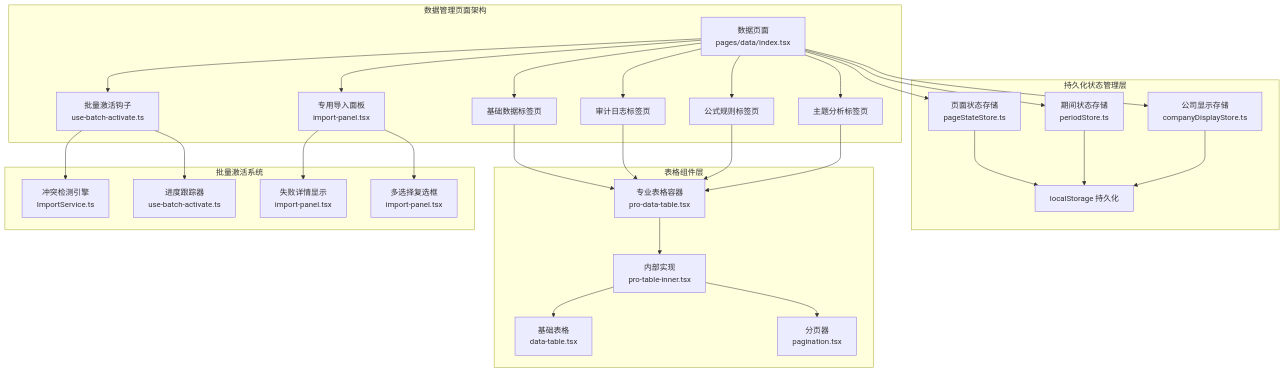
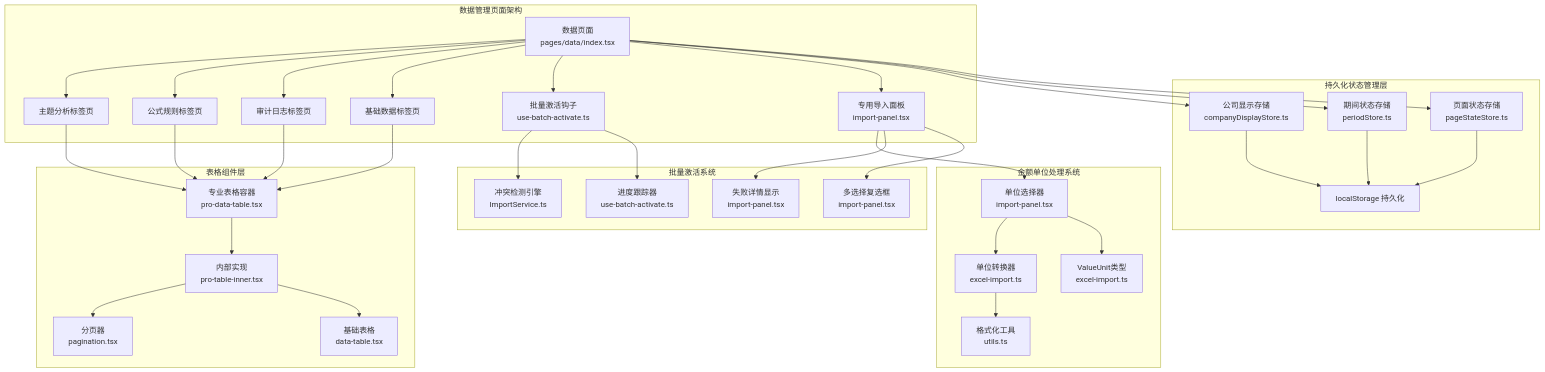
One commit to Damao997/newproject changed the first of 6 diagrams in .qoder/repowiki/zh/content/页面组件/数据管理页面/数据管理页面.md. Above: the diagram before and after it, drawn with Mermaid. The commit also changed other lines of this file and 5 other files, not shown here.

````diff
--- a/.qoder/repowiki/zh/content/页面组件/数据管理页面/数据管理页面.md
+++ b/.qoder/repowiki/zh/content/页面组件/数据管理页面/数据管理页面.md
@@ -66,53 +71,63 @@
 ```mermaid
 graph TB
 subgraph "持久化状态管理层"
 PageStore["页面状态存储<br/>pageStateStore.ts"]
 PeriodStore["期间状态存储<br/>periodStore.ts"]
 CompanyStore["公司显示存储<br/>companyDisplayStore.ts"]
 LocalStorage["localStorage 持久化"]
 end
 subgraph "数据管理页面架构"
 DataPage["数据页面<br/>pages/data/index.tsx"]
 ImportPanel["专用导入面板<br/>import-panel.tsx"]
 BatchHook["批量激活钩子<br/>use-batch-activate.ts"]
 Tab1["基础数据标签页"]
 Tab2["审计日志标签页"]
 Tab3["公式规则标签页"]
 Tab4["主题分析标签页"]
 end
 subgraph "表格组件层"
 DataTable["基础表格<br/>data-table.tsx"]
 ProTable["专业表格容器<br/>pro-data-table.tsx"]
 Inner["内部实现<br/>pro-table-inner.tsx"]
 Pagination["分页器<br/>pagination.tsx"]
 end
 subgraph "批量激活系统"
 ConflictEngine["冲突检测引擎<br/>ImportService.ts"]
 ProgressTracker["进度跟踪器<br/>use-batch-activate.ts"]
 FailureDisplay["失败详情显示<br/>import-panel.tsx"]
 MultiSelect["多选择复选框<br/>import-panel.tsx"]
 end
+subgraph "金额单位处理系统"
+UnitSelector["单位选择器<br/>import-panel.tsx"]
+ValueUnitType["ValueUnit类型<br/>excel-import.ts"]
+UnitConverter["单位转换器<br/>excel-import.ts"]
+FormatUtils["格式化工具<br/>utils.ts"]
+end
 PageStore --> LocalStorage
 PeriodStore --> LocalStorage
 CompanyStore --> LocalStorage
 DataPage --> PageStore
 DataPage --> PeriodStore
 DataPage --> CompanyStore
 DataPage --> ImportPanel
 DataPage --> BatchHook
 DataPage --> Tab1
 DataPage --> Tab2
 DataPage --> Tab3
 DataPage --> Tab4
 ImportPanel --> MultiSelect
 ImportPanel --> FailureDisplay
+ImportPanel --> UnitSelector
 BatchHook --> ProgressTracker
 BatchHook --> ConflictEngine
+UnitSelector --> ValueUnitType
+UnitSelector --> UnitConverter
+UnitConverter --> FormatUtils
 Tab1 --> ProTable
 Tab2 --> ProTable
 Tab3 --> ProTable
 Tab4 --> ProTable
 ProTable --> Inner
 Inner --> DataTable
 Inner --> Pagination
 ```
````
